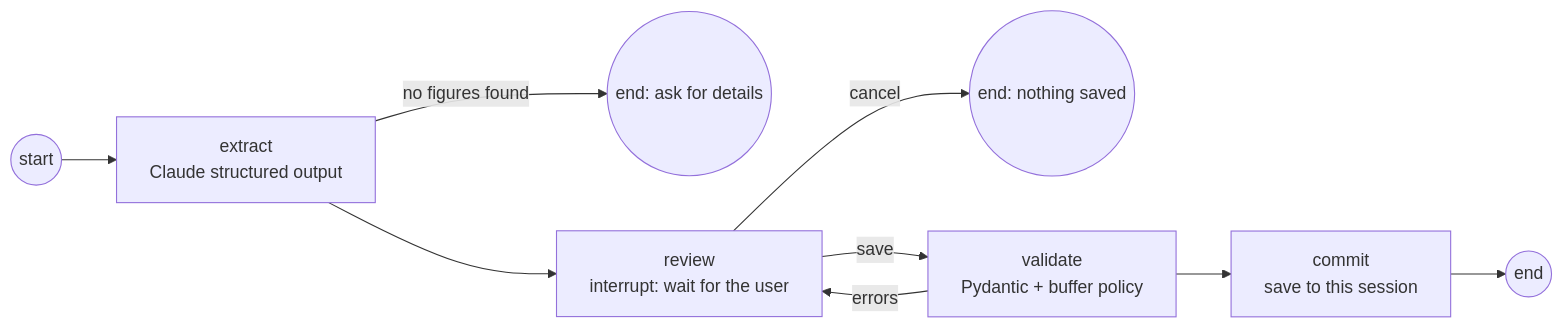
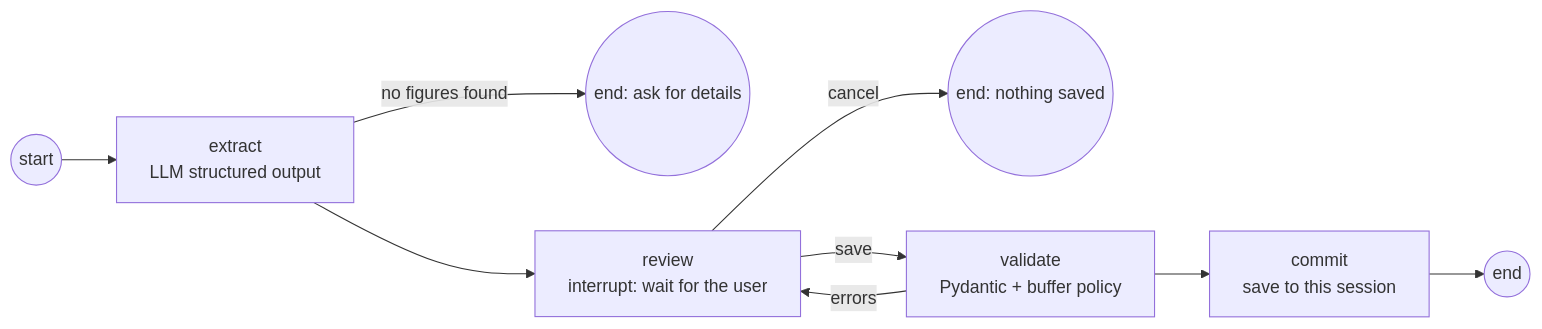
The third of 3 diagrams in README.md (kirtibhushanIIMBG/StockWise-AI), drawn with Mermaid before and after one commit. The commit also changed other lines of this file, not shown here.

````diff
--- a/README.md
+++ b/README.md
@@ -120,10 +185,10 @@
 ```mermaid
 flowchart LR
-  S((start)) --> X[extract<br/>Claude structured output]
+  S((start)) --> X[extract<br/>LLM structured output]
   X -->|no figures found| E((end: ask for details))
   X --> RV[review<br/>interrupt: wait for the user]
   RV -->|cancel| E2((end: nothing saved))
   RV -->|save| VA[validate<br/>Pydantic + buffer policy]
   VA -->|errors| RV
   VA --> CO[commit<br/>save to this session] --> E3((end))
 ```
````
